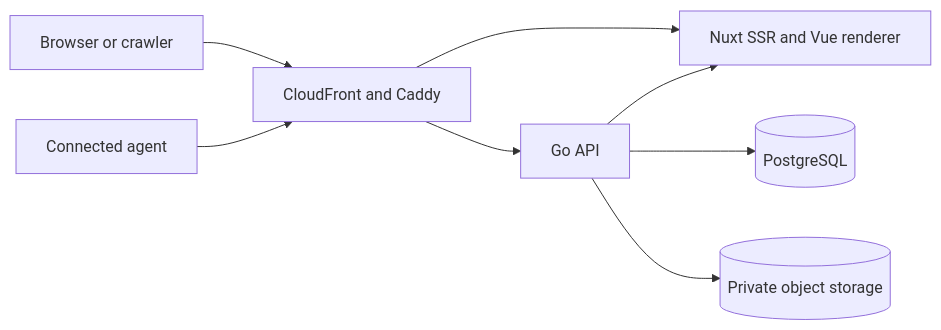
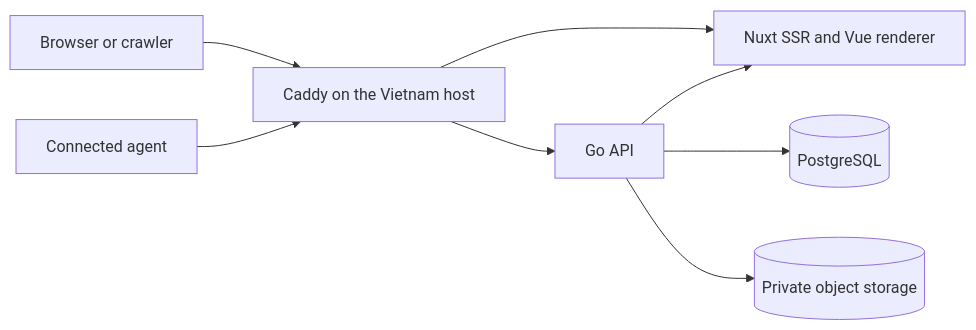
One commit to dannyota/aboutme changed the diagram in docs/design/README.md. Above: the diagram before and after it, drawn with Mermaid. The commit also changed other lines of this file and 37 other files, not shown here.

````diff
--- a/docs/design/README.md
+++ b/docs/design/README.md
@@ -61,10 +62,10 @@
 ```mermaid
 graph LR
-    B[Browser or crawler] --> C[CloudFront and Caddy]
+    B[Browser or crawler] --> C[Caddy on the Vietnam host]
     A[Connected agent] --> C
     C --> N[Nuxt SSR and Vue renderer]
     C --> G[Go API]
     G --> P[(PostgreSQL)]
     G --> S[(Private object storage)]
     G --> N
 ```
````
